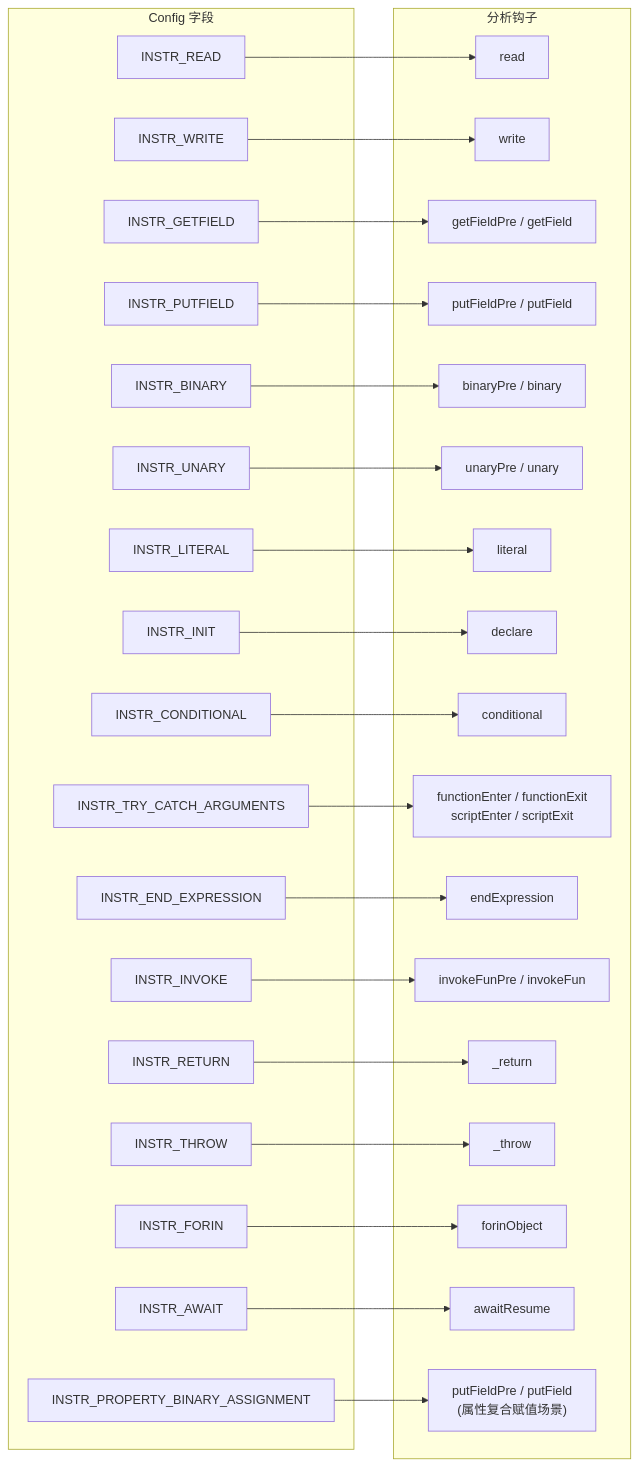
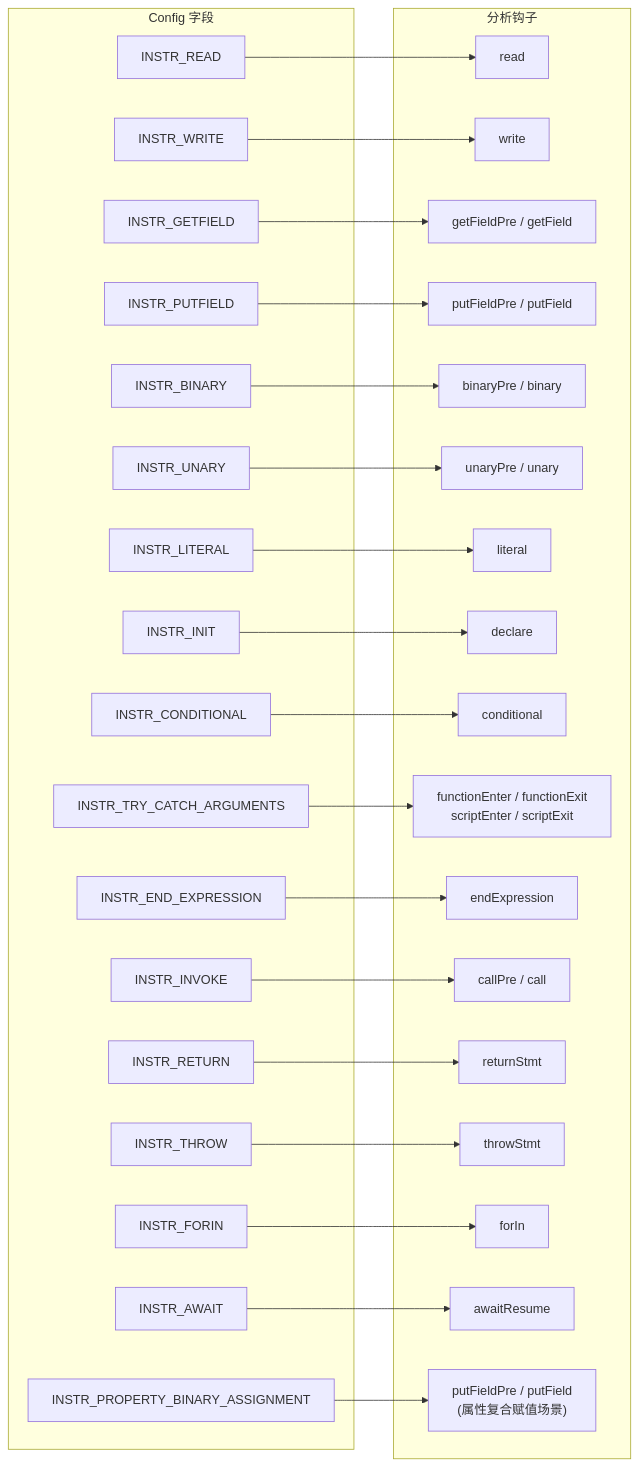
One commit to fuckreverse/Jani changed the diagram in docs/Configuration.md. Above: the diagram before and after it, drawn with Mermaid. The commit also changed other lines of this file and 28 other files, not shown here.

````diff
--- a/docs/Configuration.md
+++ b/docs/Configuration.md
@@ -48,60 +48,60 @@
 ```mermaid
 flowchart LR
     subgraph Config["Config 字段"]
         RD["INSTR_READ"]
         WR["INSTR_WRITE"]
         GF["INSTR_GETFIELD"]
         PF["INSTR_PUTFIELD"]
         BN["INSTR_BINARY"]
         UN["INSTR_UNARY"]
         LT["INSTR_LITERAL"]
         IN["INSTR_INIT"]
         CD["INSTR_CONDITIONAL"]
         TC["INSTR_TRY_CATCH_ARGUMENTS"]
         EE["INSTR_END_EXPRESSION"]
         IV["INSTR_INVOKE"]
         RT["INSTR_RETURN"]
         TH["INSTR_THROW"]
         FI["INSTR_FORIN"]
     AW["INSTR_AWAIT"]
     PBA["INSTR_PROPERTY_BINARY_ASSIGNMENT"]
     end
 
     subgraph Hooks["分析钩子"]
         read["read"]
         write["write"]
         getField["getFieldPre / getField"]
         putField["putFieldPre / putField"]
         binary["binaryPre / binary"]
         unary["unaryPre / unary"]
         literal["literal"]
         declare["declare"]
         cond["conditional"]
         fnLife["functionEnter / functionExit\nscriptEnter / scriptExit"]
         endExpr["endExpression"]
-        invoke["invokeFunPre / invokeFun"]
-        ret["_return"]
-        thr["_throw"]
-        forin["forinObject"]
+        invoke["callPre / call"]
+        ret["returnStmt"]
+        thr["throwStmt"]
+        forin["forIn"]
         awaitRes["awaitResume"]
         propBin["putFieldPre / putField\n(属性复合赋值场景)"]
     end
 
     RD --> read
     WR --> write
     GF --> getField
     PF --> putField
     BN --> binary
     UN --> unary
     LT --> literal
     IN --> declare
     CD --> cond
     TC --> fnLife
     EE --> endExpr
     IV --> invoke
     RT --> ret
     TH --> thr
     FI --> forin
     AW --> awaitRes
     PBA --> propBin
 ```
````
